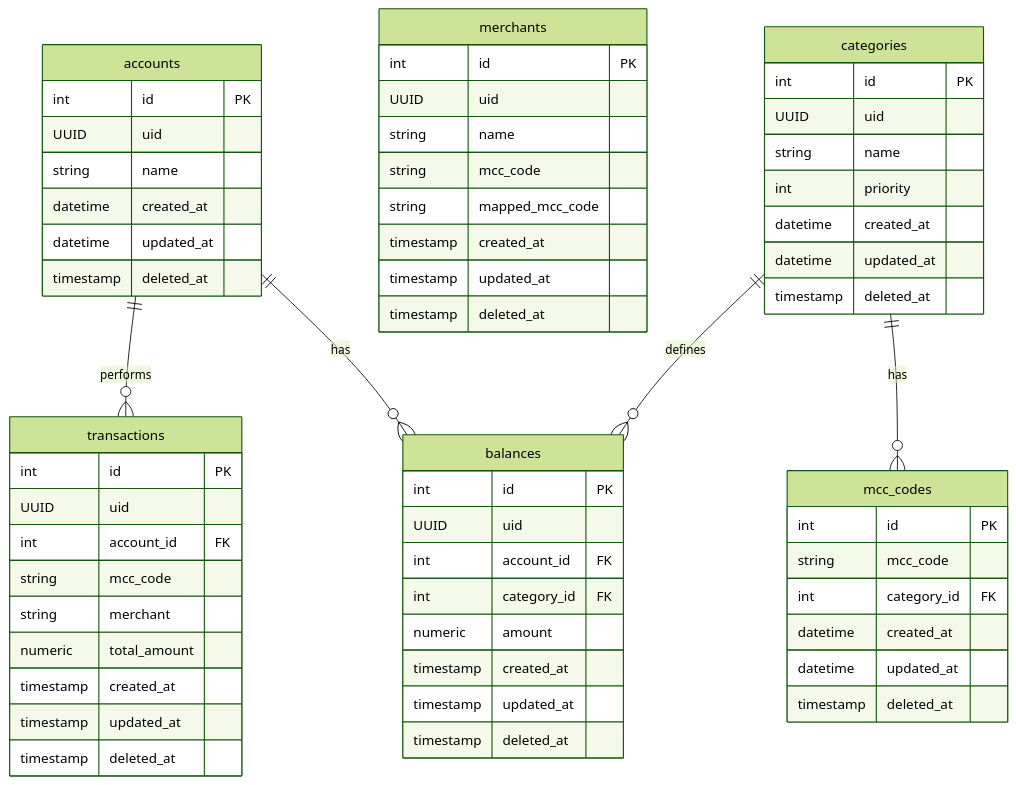
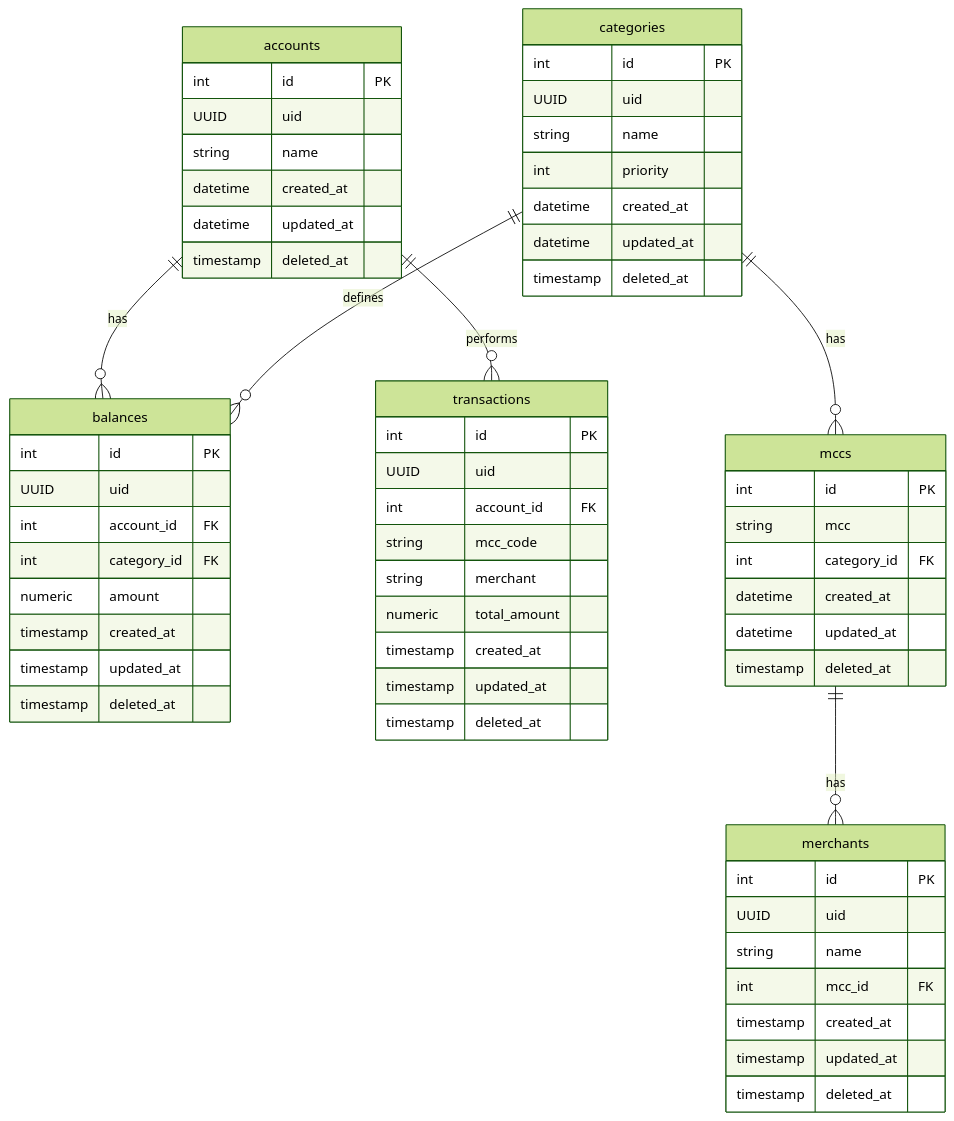
One commit to marciovmartins/jtonynet-go-payments-api changed the second of 3 diagrams in README.md. Above: the diagram before and after it, drawn with Mermaid (forest theme). The commit also changed 22 other files, not shown here.

````diff
--- a/README.md
+++ b/README.md
@@ -457,71 +457,71 @@
 ```mermaid
 erDiagram
     accounts {
         int id PK
         UUID uid
         string name
         datetime created_at
         datetime updated_at
         timestamp deleted_at
     }
 
     balances {
         int id PK
         UUID uid
         int account_id FK
         int category_id FK
         numeric amount
         timestamp created_at
         timestamp updated_at
         timestamp deleted_at
     }
 
     transactions {
         int id PK
         UUID uid
         int account_id FK
         string mcc_code
         string merchant
         numeric total_amount
         timestamp created_at
         timestamp updated_at
         timestamp deleted_at
     }
     
     merchants {
         int id PK
         UUID uid
         string name
-        string mcc_code
-        string mapped_mcc_code
+        int mcc_id FK
         timestamp created_at
         timestamp updated_at
+        timestamp deleted_at
+    }
+
+   mccs {
+        int id PK
+        string mcc
+        int category_id FK
+        datetime created_at
+        datetime updated_at
         timestamp deleted_at
     }
 
     categories {
         int id PK
         UUID uid
         string name
         int priority
         datetime created_at
         datetime updated_at
         timestamp deleted_at
     }
 
-    mcc_codes {
-        int id PK
-        string mcc_code
-        int category_id FK
-        datetime created_at
-        datetime updated_at
-        timestamp deleted_at
-    }
-
     accounts ||--o{ balances : has
     accounts ||--o{ transactions : performs
-    categories ||--o{ mcc_codes : has
+    categories ||--o{ mccs : has
+    mccs ||--o{ merchants : has
     categories ||--o{ balances : defines
 
     
 ```
````
